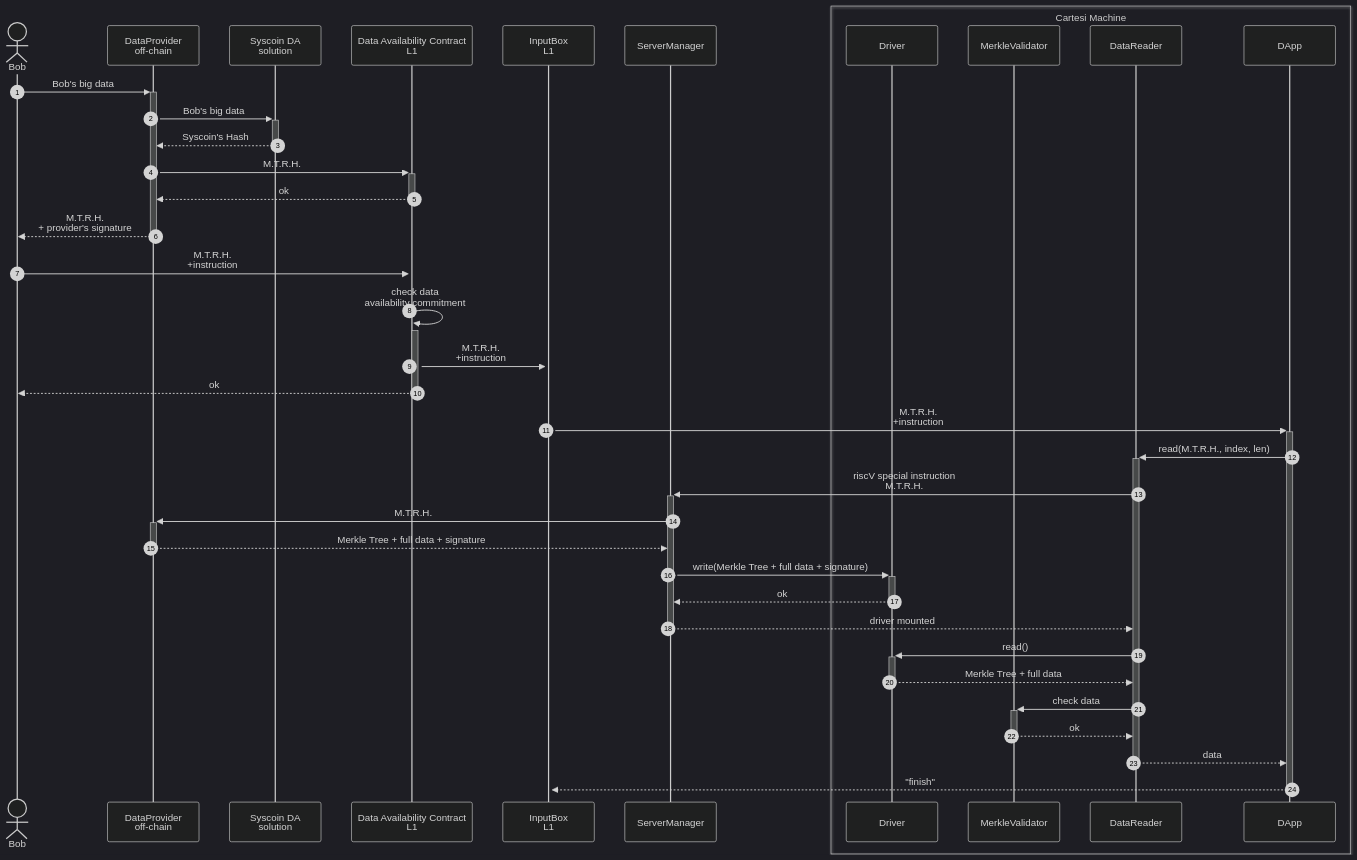
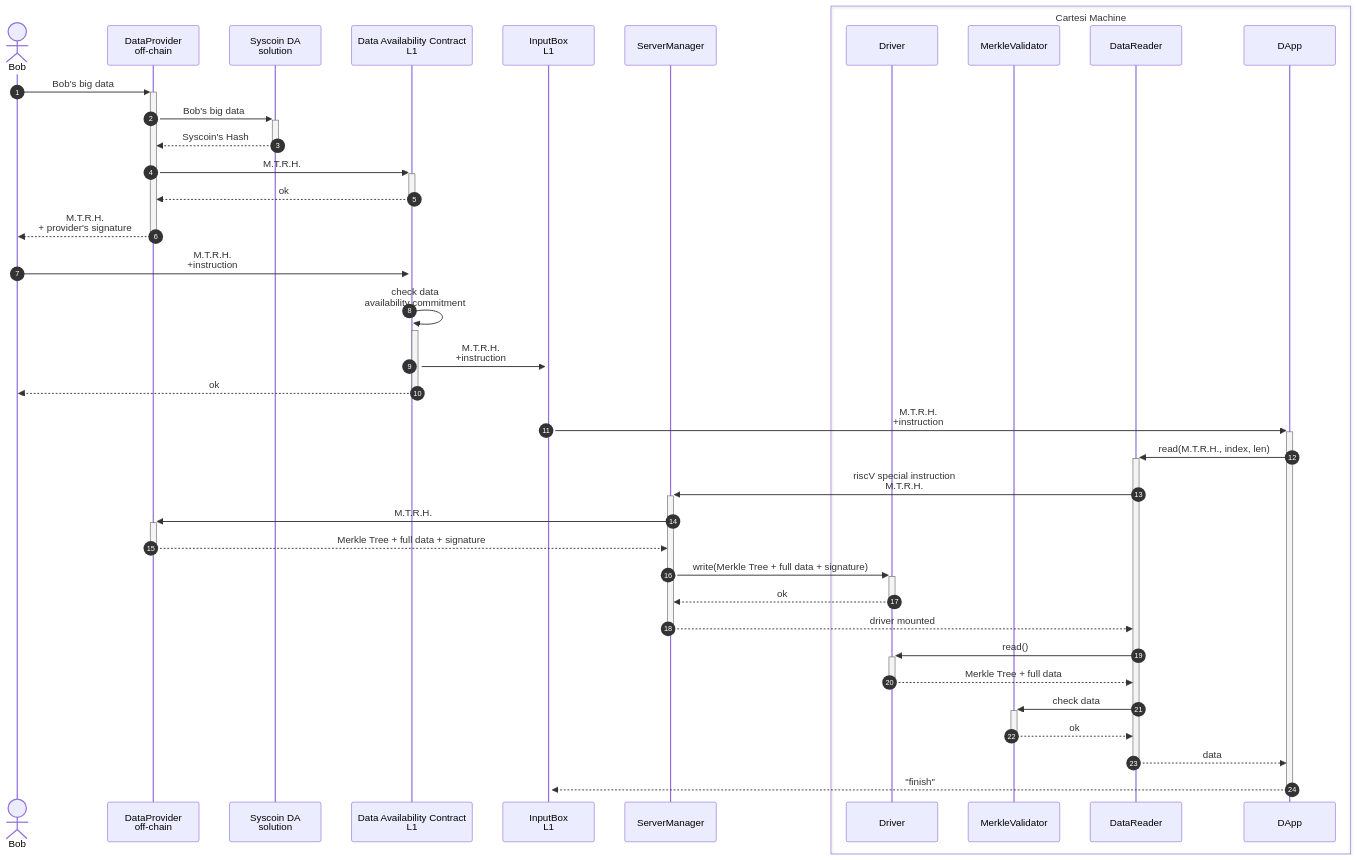
One commit to Calindra/cartesi-proposals changed the first of 2 diagrams in proposal-04-Syscoin-Draft.md. Above: the diagram before and after it, drawn with Mermaid. The commit also changed other lines of this file, not shown here.

````diff
--- a/proposal-04-Syscoin-Draft.md
+++ b/proposal-04-Syscoin-Draft.md
@@ -5,54 +5,53 @@
 ```mermaid
 %%{
   init: {
-    "theme": "dark",
     "sequence": {
       "mirrorActors": true,
       "messageAlign": "center"
     }
   }
 }%%
 sequenceDiagram
   actor Bob
   participant DataProvider as DataProvider<br>off-chain
   participant SyscoinDA as Syscoin DA<br>solution
   participant DAContract as Data Availability Contract<br>L1
   participant InputBox as InputBox<br>L1
   participant ServerManager
   box Cartesi Machine
     participant Driver
     participant MerkleValidator
     participant DataReader
     participant DApp
   end
   autonumber
 
   # BOB Stores the Data
   Bob->>+DataProvider: Bob's big data
   DataProvider->>+SyscoinDA: Bob's big data
   SyscoinDA-->>-DataProvider: Syscoin's Hash
   DataProvider->>+DAContract: M.T.R.H.
   DAContract-->>-DataProvider: ok
   DataProvider-->>-Bob: M.T.R.H. <br>+ provider's signature
   
   # BOB Sends the Data
   Bob->>+DAContract: M.T.R.H.<br>+instruction
   DAContract->>+DAContract: check data<br>availability commitment
   DAContract->>+InputBox: M.T.R.H.<br>+instruction
   DAContract-->>-Bob: ok
 
   InputBox->>+DApp: M.T.R.H.<br>+instruction
   DApp->>+DataReader: read(M.T.R.H., index, len)
   DataReader->>+ServerManager: riscV special instruction<br>M.T.R.H.
   ServerManager->>+DataProvider: M.T.R.H.
   DataProvider-->>-ServerManager: Merkle Tree + full data + signature
   ServerManager->>+Driver: write(Merkle Tree + full data + signature)
   Driver-->>-ServerManager: ok
   ServerManager-->>-DataReader: driver mounted
   DataReader->>+Driver: read()
   Driver-->>-DataReader: Merkle Tree + full data
   DataReader->>+MerkleValidator: check data
   MerkleValidator-->>-DataReader: ok
   DataReader-->>-DApp: data
   DApp-->>-InputBox: "finish"
 ```
````
